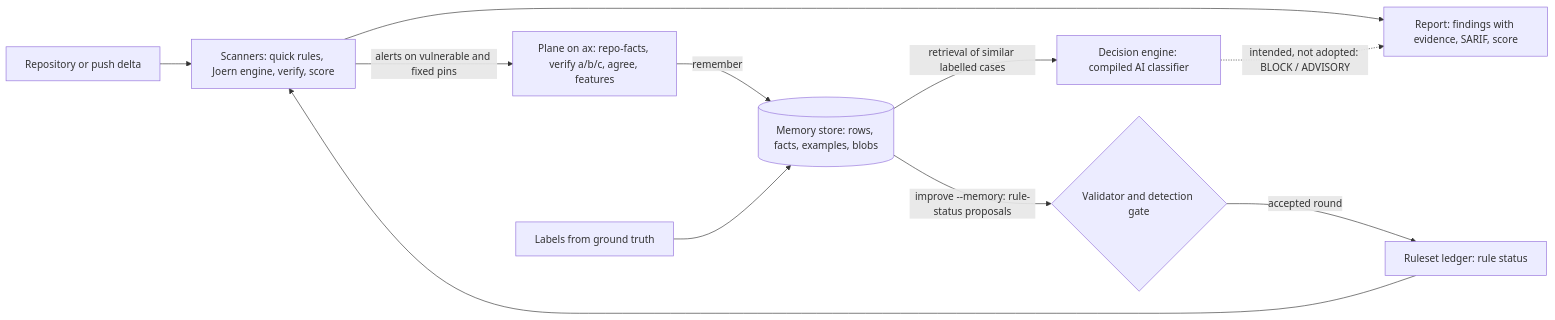
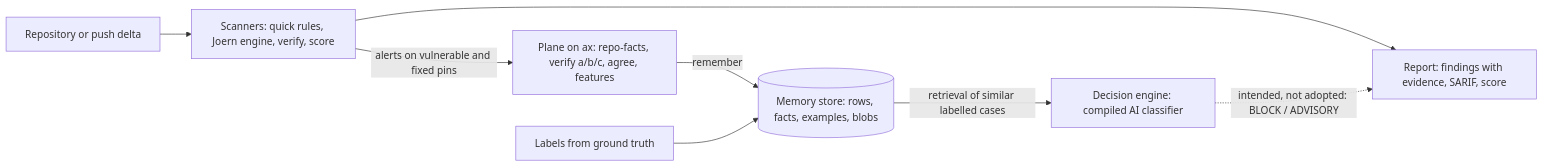
One commit to norandom/OpenUltraSAST changed the diagram in docs/index.md. Above: the diagram before and after it, drawn with Mermaid. The commit also changed other lines of this file and 31 other files, not shown here.

````diff
--- a/docs/index.md
+++ b/docs/index.md
@@ -25,13 +25,10 @@
 ```mermaid
 flowchart LR
     repo["Repository or push delta"] --> scan["Scanners: quick rules, Joern engine, verify, score"]
     scan --> report["Report: findings with evidence, SARIF, score"]
     scan -- "alerts on vulnerable and fixed pins" --> plane["Plane on ax: repo-facts, verify a/b/c, agree, features"]
     plane -- "remember" --> mem[("Memory store: rows, facts, examples, blobs")]
-    mem -- "improve --memory: rule-status proposals" --> gate{"Validator and detection gate"}
-    gate -- "accepted round" --> ledger["Ruleset ledger: rule status"]
-    ledger --> scan
     labels["Labels from ground truth"] --> mem
     mem -- "retrieval of similar labelled cases" --> engine["Decision engine: compiled AI classifier"]
     engine -. "intended, not adopted: BLOCK / ADVISORY" .-> report
 ```
````
